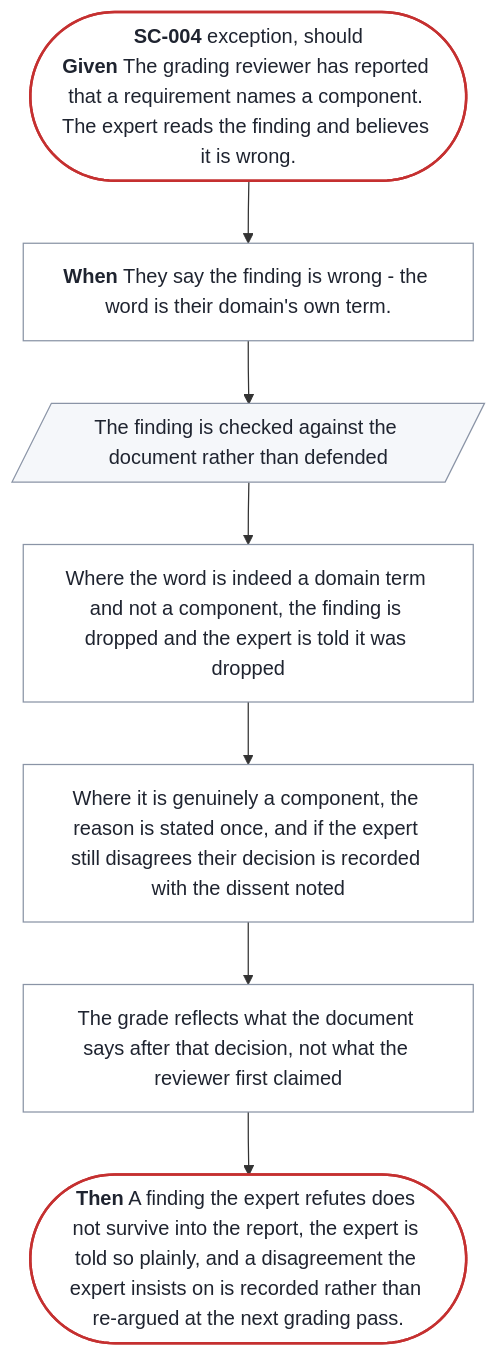
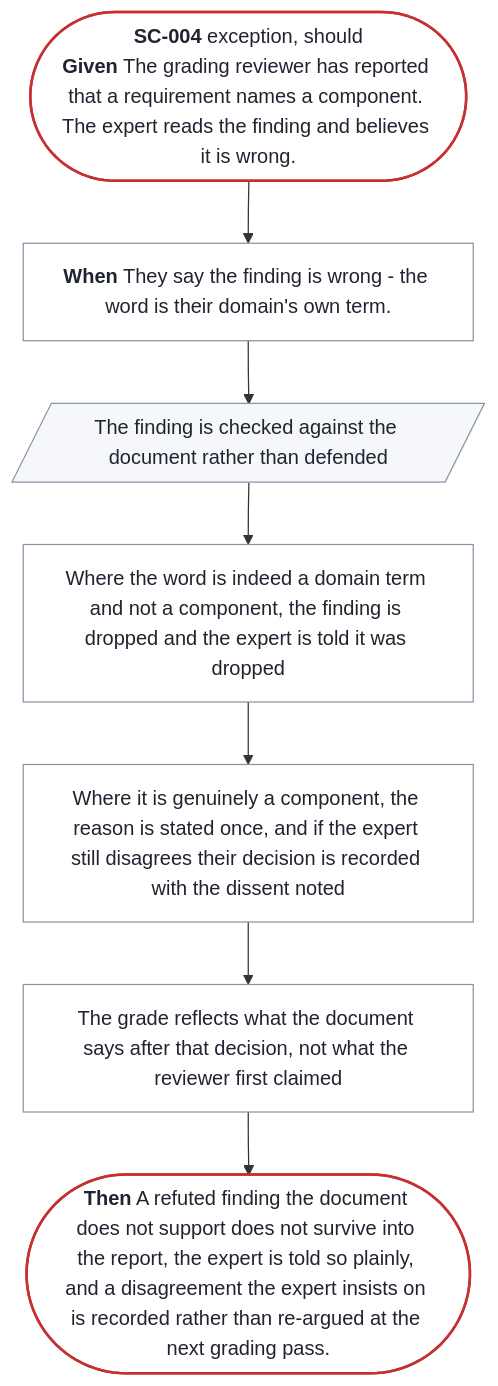
Before and after one commit to SpillwaveSolutions/prd-forge: the diagram in docs/prd/prd-forge/diagrams/SC-004.mmd, drawn with Mermaid. The commit also changed 13 other files, not shown here.

```diff
--- a/docs/prd/prd-forge/diagrams/SC-004.mmd
+++ b/docs/prd/prd-forge/diagrams/SC-004.mmd
@@ -1,20 +1,20 @@
 %% Generated by prd-diagrams.mjs from the scenario front matter. Do not edit.
 %%{init: {"flowchart": {"wrappingWidth": 300}}}%%
 flowchart TB
   start(["<b>SC-004</b> exception, should<br/><b>Given</b> The grading reviewer has reported that a requirement names a component. The expert reads the finding and believes it is wrong."])
   trigger["<b>When</b> They say the finding is wrong - the word is their domain's own term."]
   s0[/"The finding is checked against the document rather than defended"/]
   s1["Where the word is indeed a domain term and not a component, the finding is dropped and the expert is told it was dropped"]
   s2["Where it is genuinely a component, the reason is stated once, and if the expert still disagrees their decision is recorded with the dissent noted"]
   s3["The grade reflects what the document says after that decision, not what the reviewer first claimed"]
-  done(["<b>Then</b> A finding the expert refutes does not survive into the report, the expert is told so plainly, and a disagreement the expert insists on is recorded rather than re-argued at the next grading pass."])
+  done(["<b>Then</b> A refuted finding the document does not support does not survive into the report, the expert is told so plainly, and a disagreement the expert insists on is recorded rather than re-argued at the next grading pass."])
   start --> trigger --> s0 --> s1 --> s2 --> s3 --> done
   classDef ends fill:#FFFFFF,stroke:#C53030,stroke-width:2px,color:#1F2430
   classDef sees fill:#F5F7FA,stroke:#8A94A6,color:#1F2430
   classDef does fill:#FFFFFF,stroke:#8A94A6,color:#1F2430
   class start,done ends
   class s0 sees
   class s1 does
   class s2 does
   class s3 does
   class trigger does
```
